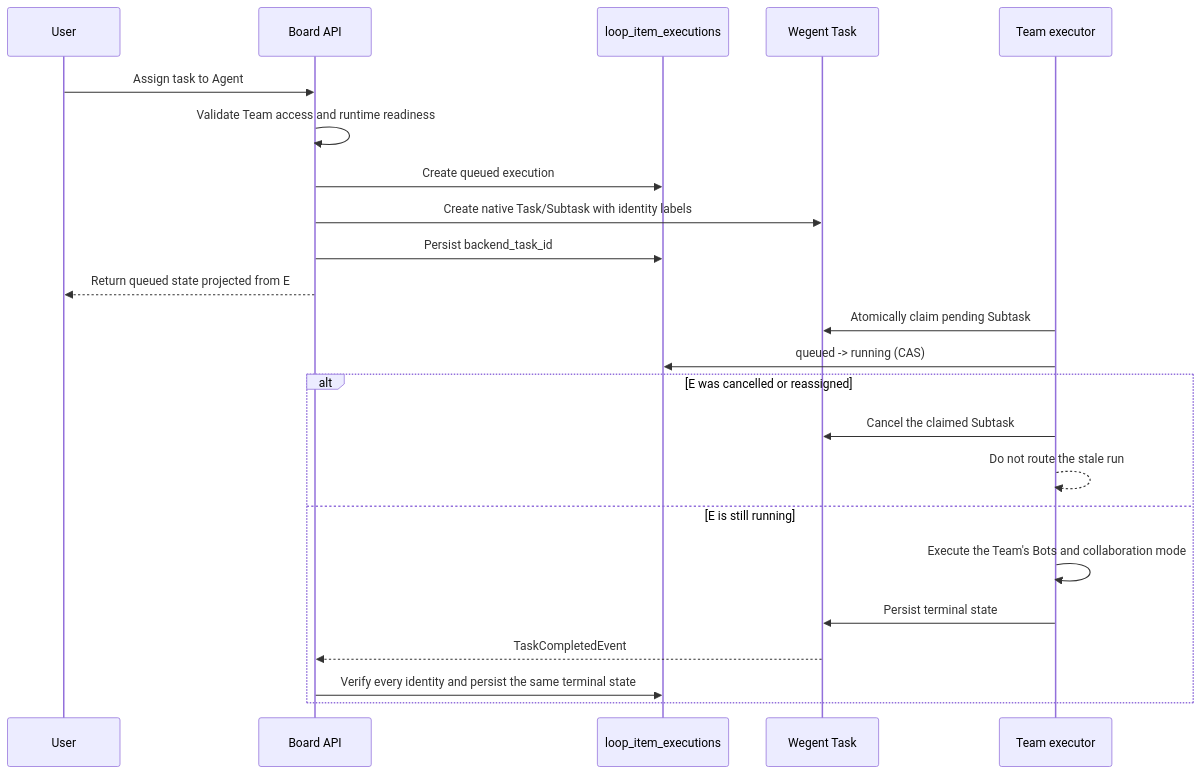
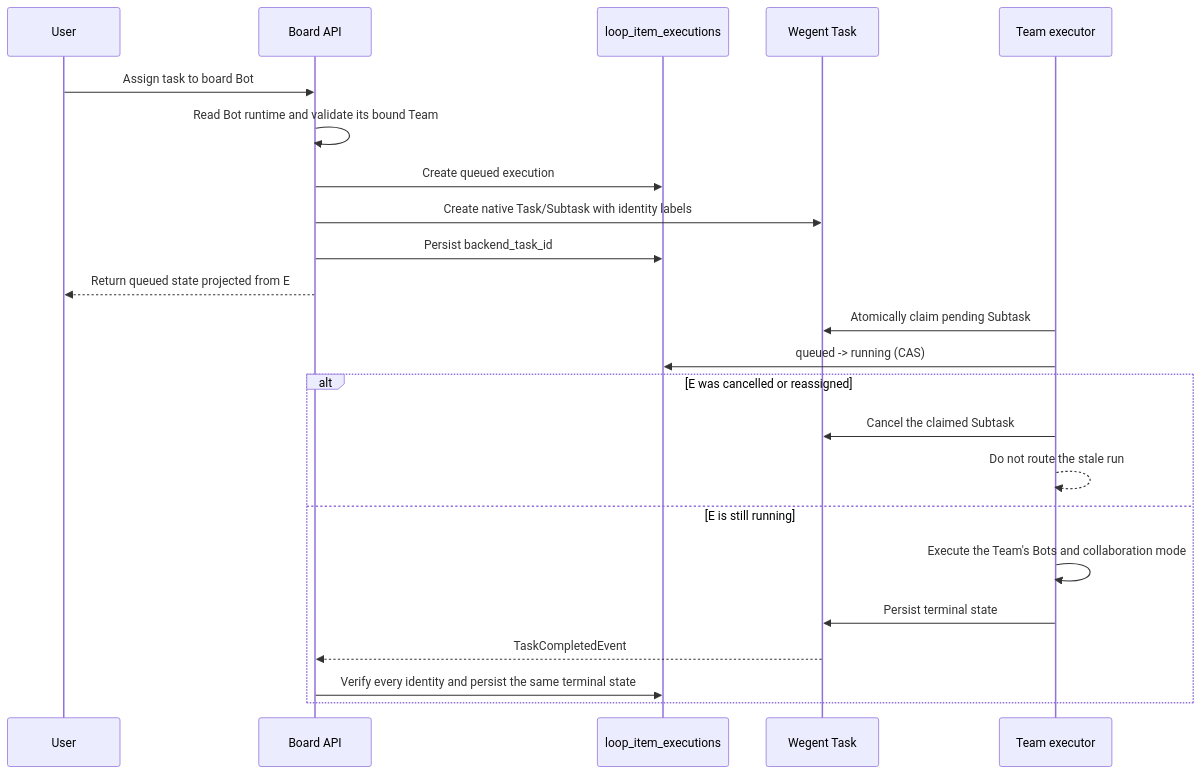
The second of 2 diagrams in docs/en/wegent/developer-guide/cloud-project-collaboration.md (wecode-ai/Wegent), drawn with Mermaid before and after one commit. The commit also changed other lines of this file and 19 other files, not shown here.

Commit message:
fix(automation): bind Wegent runtime through board robots

````diff
--- a/docs/en/wegent/developer-guide/cloud-project-collaboration.md
+++ b/docs/en/wegent/developer-guide/cloud-project-collaboration.md
@@ -105,26 +106,26 @@
 ```mermaid
 sequenceDiagram
     participant U as User
     participant B as Board API
     participant E as loop_item_executions
     participant T as Wegent Task
     participant R as Team executor
 
-    U->>B: Assign task to Agent
-    B->>B: Validate Team access and runtime readiness
+    U->>B: Assign task to board Bot
+    B->>B: Read Bot runtime and validate its bound Team
     B->>E: Create queued execution
     B->>T: Create native Task/Subtask with identity labels
     B->>E: Persist backend_task_id
     B-->>U: Return queued state projected from E
     R->>T: Atomically claim pending Subtask
     R->>E: queued -> running (CAS)
     alt E was cancelled or reassigned
         R->>T: Cancel the claimed Subtask
         R-->>R: Do not route the stale run
     else E is still running
         R->>R: Execute the Team's Bots and collaboration mode
         R->>T: Persist terminal state
         T-->>B: TaskCompletedEvent
         B->>E: Verify every identity and persist the same terminal state
     end
 ```
````
